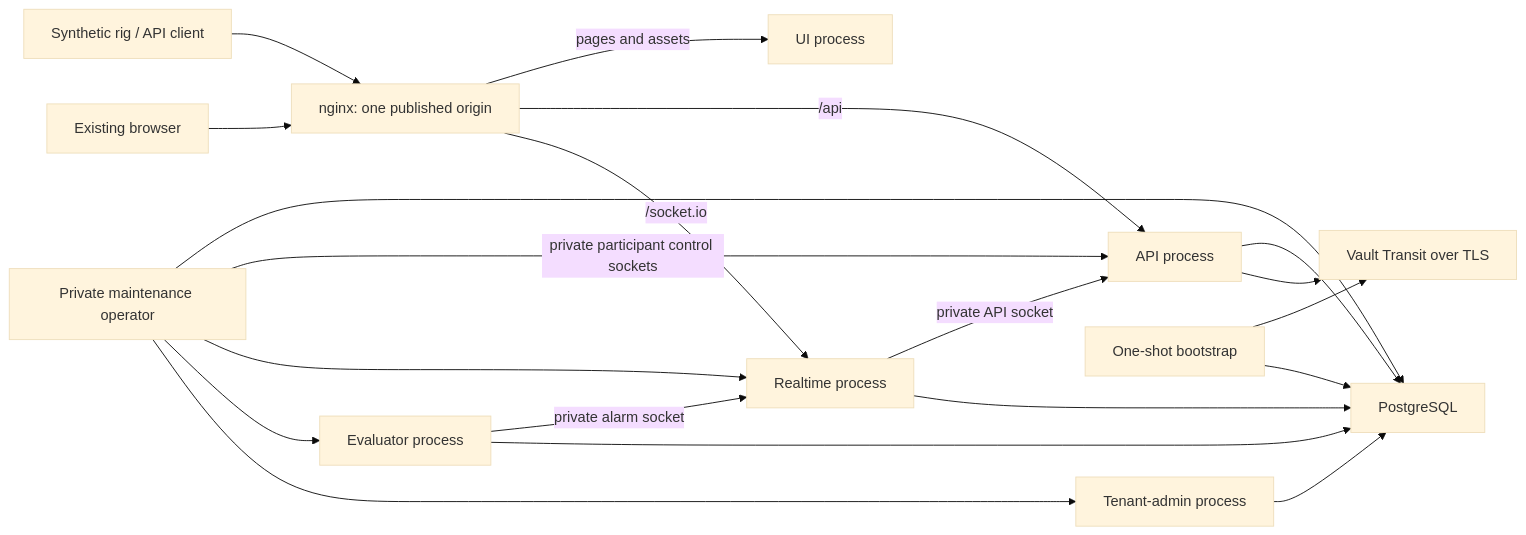
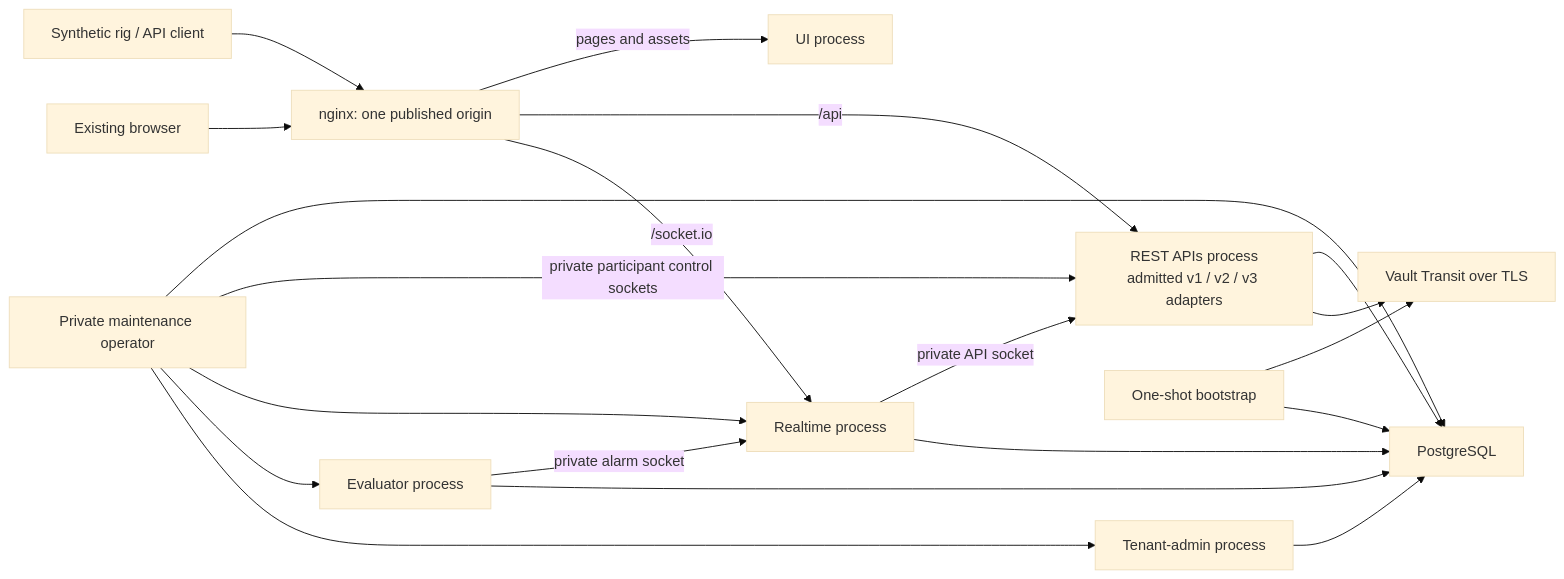
One commit to bewest/rag-nightscout-ecosystem-alignment changed the diagram in docs/30-design/tenancy/deployment-and-rig-testing.md. Above: the diagram before and after it, drawn with Mermaid (base theme). The commit also changed 16 other files, not shown here.

Commit message:
Show versioned REST APIs as one stateless component

````diff
--- a/docs/30-design/tenancy/deployment-and-rig-testing.md
+++ b/docs/30-design/tenancy/deployment-and-rig-testing.md
@@ -87,22 +87,22 @@
 ```mermaid
 flowchart LR
   Rig["Synthetic rig / API client"] --> Edge["nginx: one published origin"]
   Browser["Existing browser"] --> Edge
   Edge -->|"pages and assets"| UI["UI process"]
-  Edge -->|"/api"| API["API process"]
+  Edge -->|"/api"| API["REST APIs process<br/>admitted v1 / v2 / v3 adapters"]
   Edge -->|"/socket.io"| RT["Realtime process"]
   RT -->|"private API socket"| API
   Eval["Evaluator process"] -->|"private alarm socket"| RT
   API --> PG["PostgreSQL"]
   RT --> PG
   Eval --> PG
   Admin["Tenant-admin process"] --> PG
   API --> Vault["Vault Transit over TLS"]
   Bootstrap["One-shot bootstrap"] --> Vault
   Bootstrap --> PG
   Operator["Private maintenance operator"] --> PG
   Operator -->|"private participant control sockets"| API
   Operator --> RT
   Operator --> Eval
   Operator --> Admin
 ```
````
